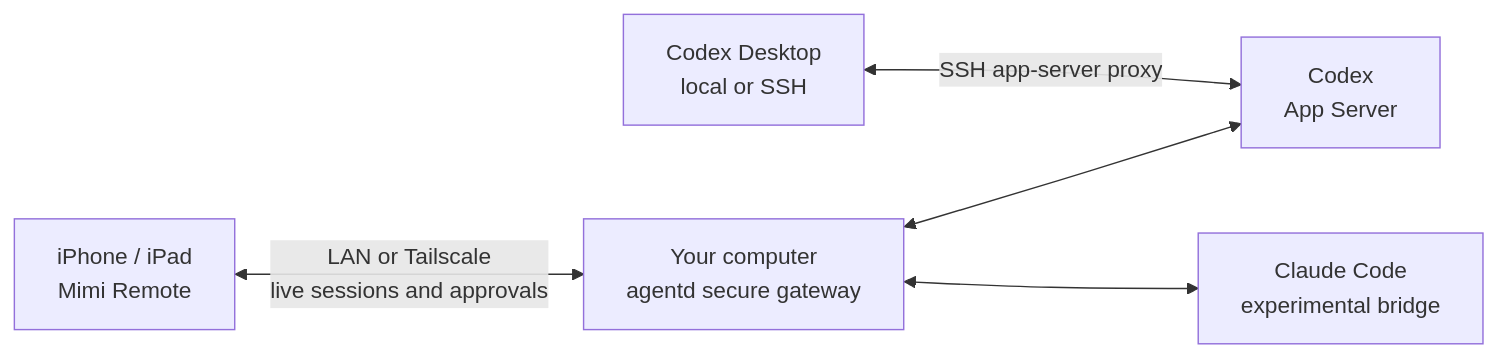
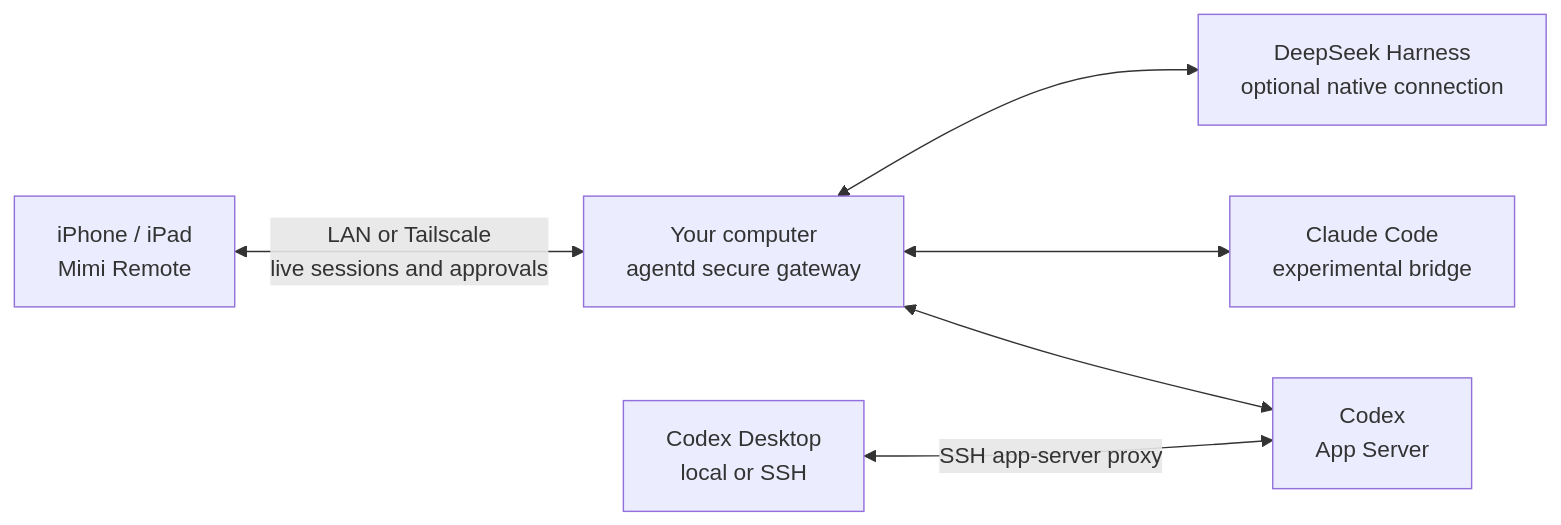
Before and after one commit to gaixianggeng/mimi-remote: the diagram in README.md, drawn with Mermaid. The commit also changed other lines of this file and 4 other files, not shown here.

````diff
--- a/README.md
+++ b/README.md
@@ -115,13 +106,15 @@
 ```mermaid
 flowchart LR
     Mobile["iPhone / iPad<br/>Mimi Remote"]
     Gateway["Your computer<br/>agentd secure gateway"]
     Codex["Codex<br/>App Server"]
     Desktop["Codex Desktop<br/>local or SSH"]
     Claude["Claude Code<br/>experimental bridge"]
+    DeepSeek["DeepSeek Harness<br/>optional native connection"]
 
     Mobile <-->|"LAN or Tailscale<br/>live sessions and approvals"| Gateway
     Gateway <--> Codex
     Desktop <-->|"SSH app-server proxy"| Codex
     Gateway <--> Claude
+    Gateway <--> DeepSeek
 ```
````
